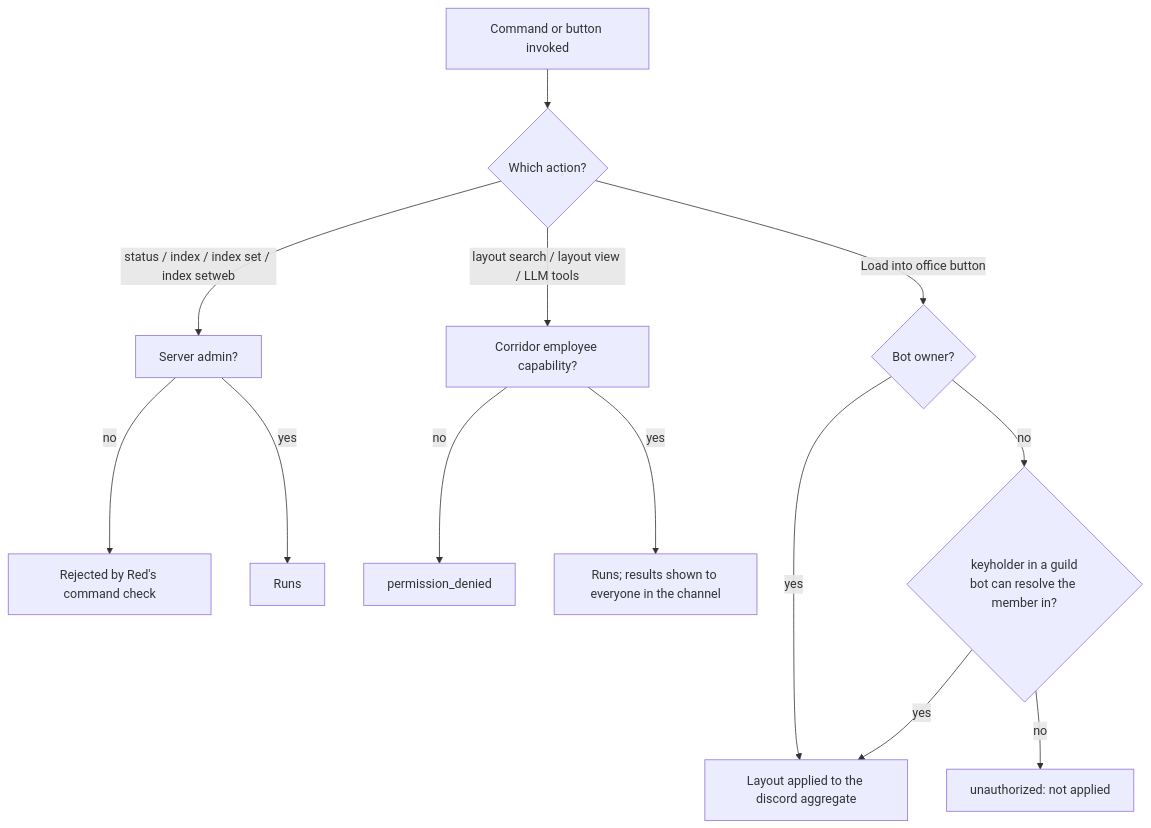
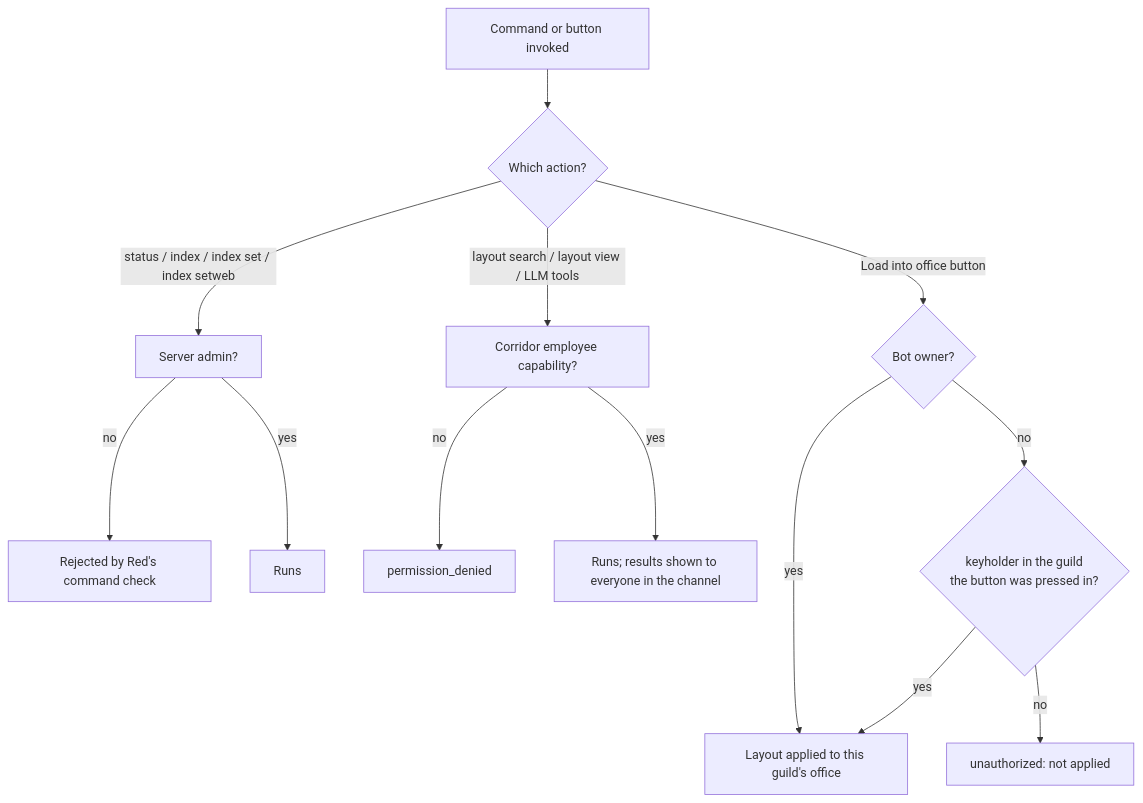
The diagram in floorplan/PERMISSIONS.md (pixel-agents-hq/pixel-agents-cogs), drawn with Mermaid before and after one commit. The commit also changed other lines of this file and 74 other files, not shown here.

First line of the commit message:
feat(cctv,corridor,pixelagents,floorplan): one Pixel Agents office per Discord server (#107)

````diff
--- a/floorplan/PERMISSIONS.md
+++ b/floorplan/PERMISSIONS.md
@@ -18,15 +18,15 @@
 ```mermaid
 flowchart TD
     A[Command or button invoked] --> B{Which action?}
     B -->|status / index / index set / index setweb| C[Server admin?]
     C -->|no| C1[Rejected by Red's command check]
     C -->|yes| C2[Runs]
     B -->|layout search / layout view / LLM tools| D[Corridor employee capability?]
     D -->|no| D1[permission_denied]
     D -->|yes| D2[Runs; results shown to everyone in the channel]
     B -->|Load into office button| E{Bot owner?}
-    E -->|yes| E2[Layout applied to the discord aggregate]
-    E -->|no| F{keyholder in a guild<br/>bot can resolve the member in?}
+    E -->|yes| E2[Layout applied to this guild's office]
+    E -->|no| F{keyholder in the guild<br/>the button was pressed in?}
     F -->|yes| E2
     F -->|no| F1[unauthorized: not applied]
 ```
````
